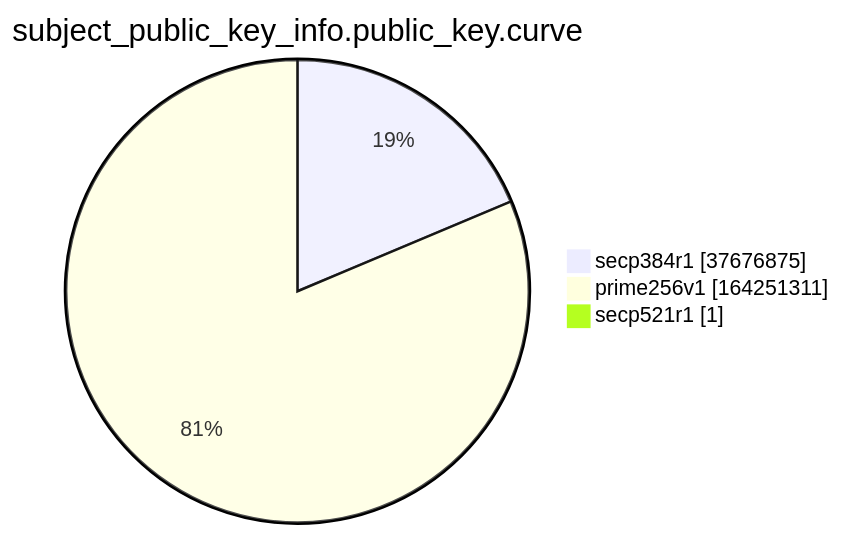
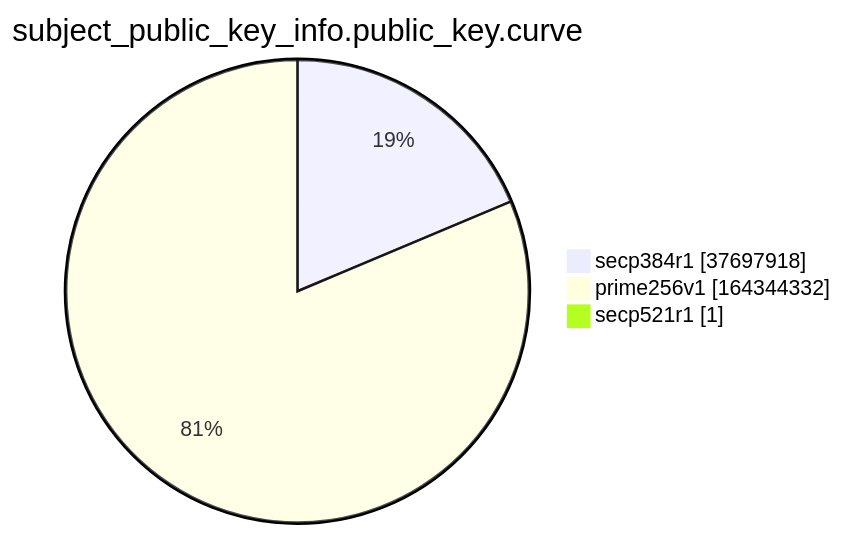
Before and after one commit to christiankrug/ctmonitor_visualization: the ninth of 15 diagrams in argon2022/README.md, drawn with Mermaid. The commit also changed other lines of this file, not shown here.

````diff
--- a/argon2022/README.md
+++ b/argon2022/README.md
@@ -2766,7 +2766,7 @@
 ```mermaid
 pie showData
 title subject_public_key_info.public_key.curve
-"secp384r1" :37676875
-"prime256v1" :164251311
+"secp384r1" :37697918
+"prime256v1" :164344332
 "secp521r1" :1
 ```
````
